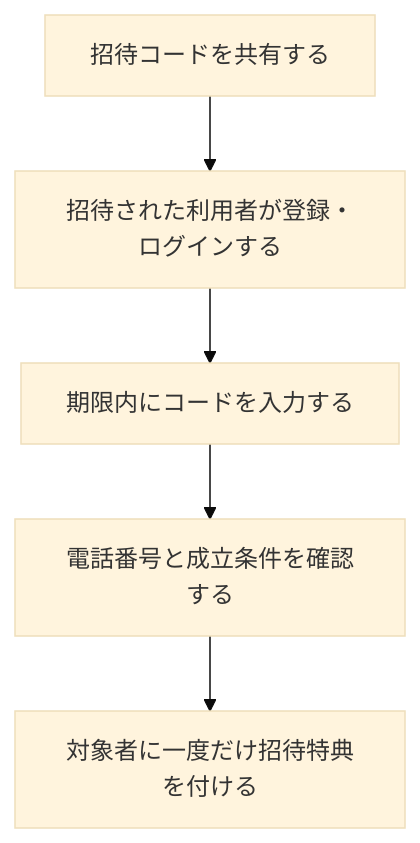
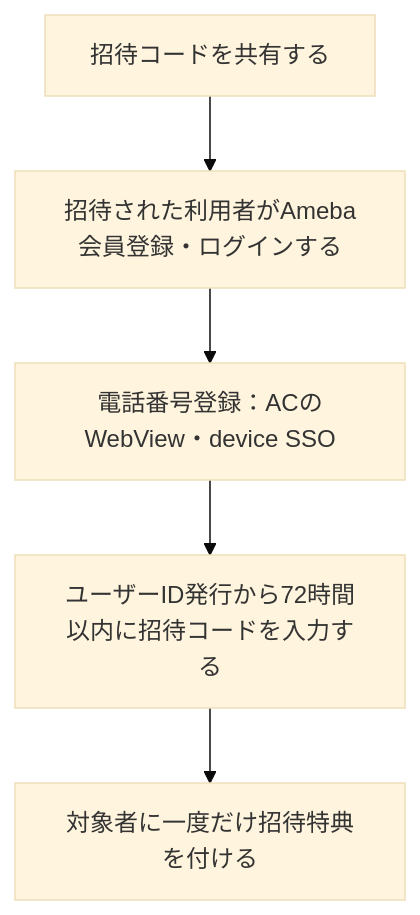
One commit to Min-Thu-Khant/pochipo-mock-en changed the diagram in docs/prd/features/F14-referral.md. Above: the diagram before and after it, drawn with Mermaid (base theme). The commit also changed other lines of this file and 15 other files, not shown here.

````diff
--- a/docs/prd/features/F14-referral.md
+++ b/docs/prd/features/F14-referral.md
@@ -51,12 +52,12 @@
 ```mermaid
 flowchart TD
   A0["招待コードを共有する"]
-  A1["招待された利用者が登録・ログインする"]
-  A2["期限内にコードを入力する"]
-  A3["電話番号と成立条件を確認する"]
+  A1["招待された利用者がAmeba会員登録・ログインする"]
+  A2["電話番号登録：ACのWebView・device SSO"]
+  A3["ユーザーID発行から72時間以内に招待コードを入力する"]
   A4["対象者に一度だけ招待特典を付ける"]
   A0 --> A1
   A1 --> A2
   A2 --> A3
   A3 --> A4
 ```
````
